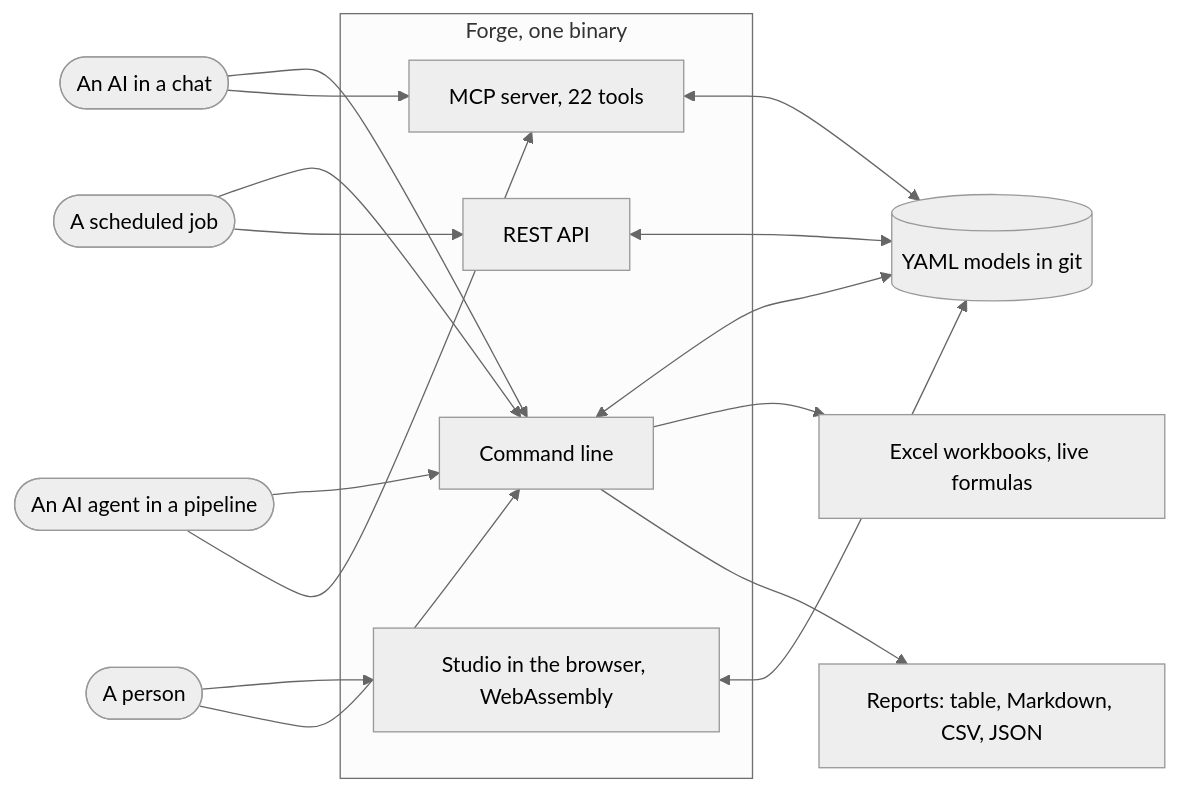
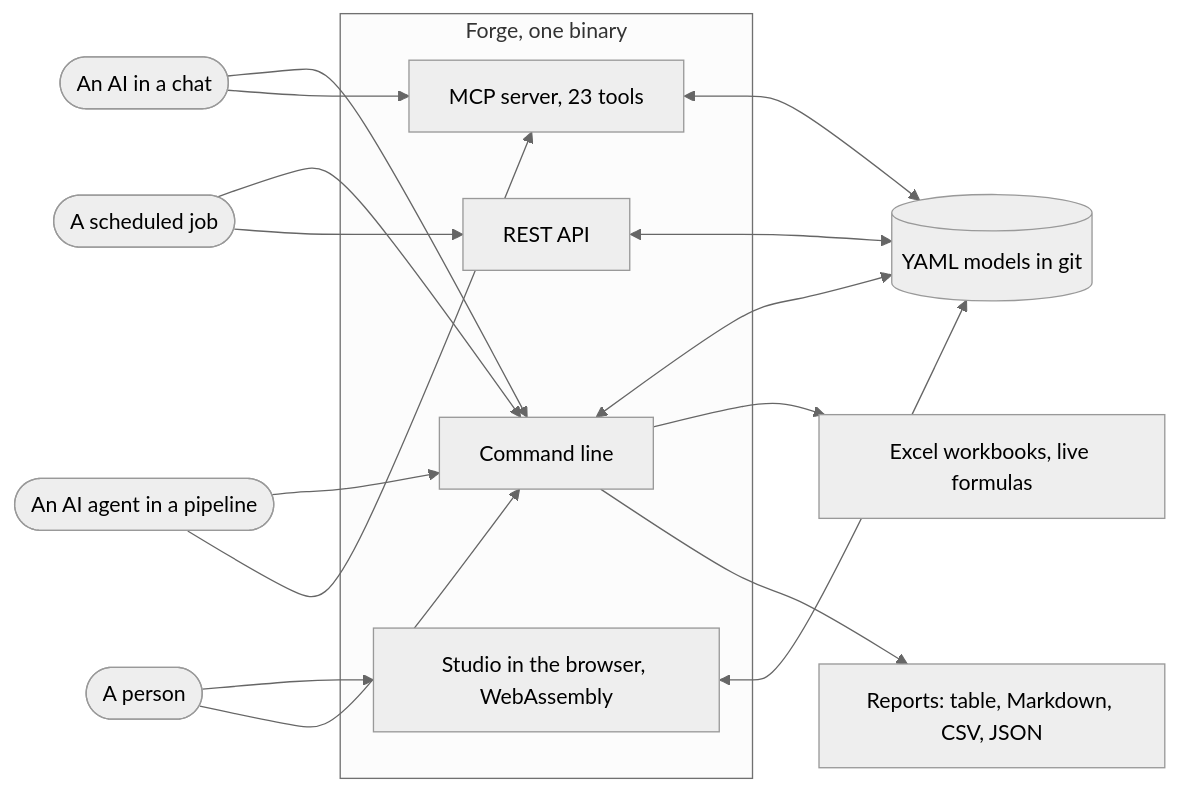
One commit to mollendorff-ai/forge changed the first of 5 diagrams in docs/WORKFLOWS.md. Above: the diagram before and after it, drawn with Mermaid (neutral theme). The commit also changed 32 other files, not shown here.

````diff
--- a/docs/WORKFLOWS.md
+++ b/docs/WORKFLOWS.md
@@ -9,34 +9,34 @@
 ```mermaid
 flowchart LR
     person([A person])
     ai([An AI in a chat])
     job([A scheduled job])
     agent([An AI agent in a pipeline])
 
     subgraph forge [Forge, one binary]
         cli[Command line]
-        mcp[MCP server, 22 tools]
+        mcp[MCP server, 23 tools]
         rest[REST API]
         studio[Studio in the browser, WebAssembly]
     end
 
     yaml[(YAML models in git)]
     xlsx[Excel workbooks, live formulas]
     out[Reports: table, Markdown, CSV, JSON]
 
     person --> studio
     person --> cli
     ai --> cli
     ai --> mcp
     job --> cli
     job --> rest
     agent --> cli
     agent --> mcp
 
     cli <--> yaml
     mcp <--> yaml
     rest <--> yaml
     studio <--> yaml
     cli --> xlsx
     cli --> out
 ```
````
